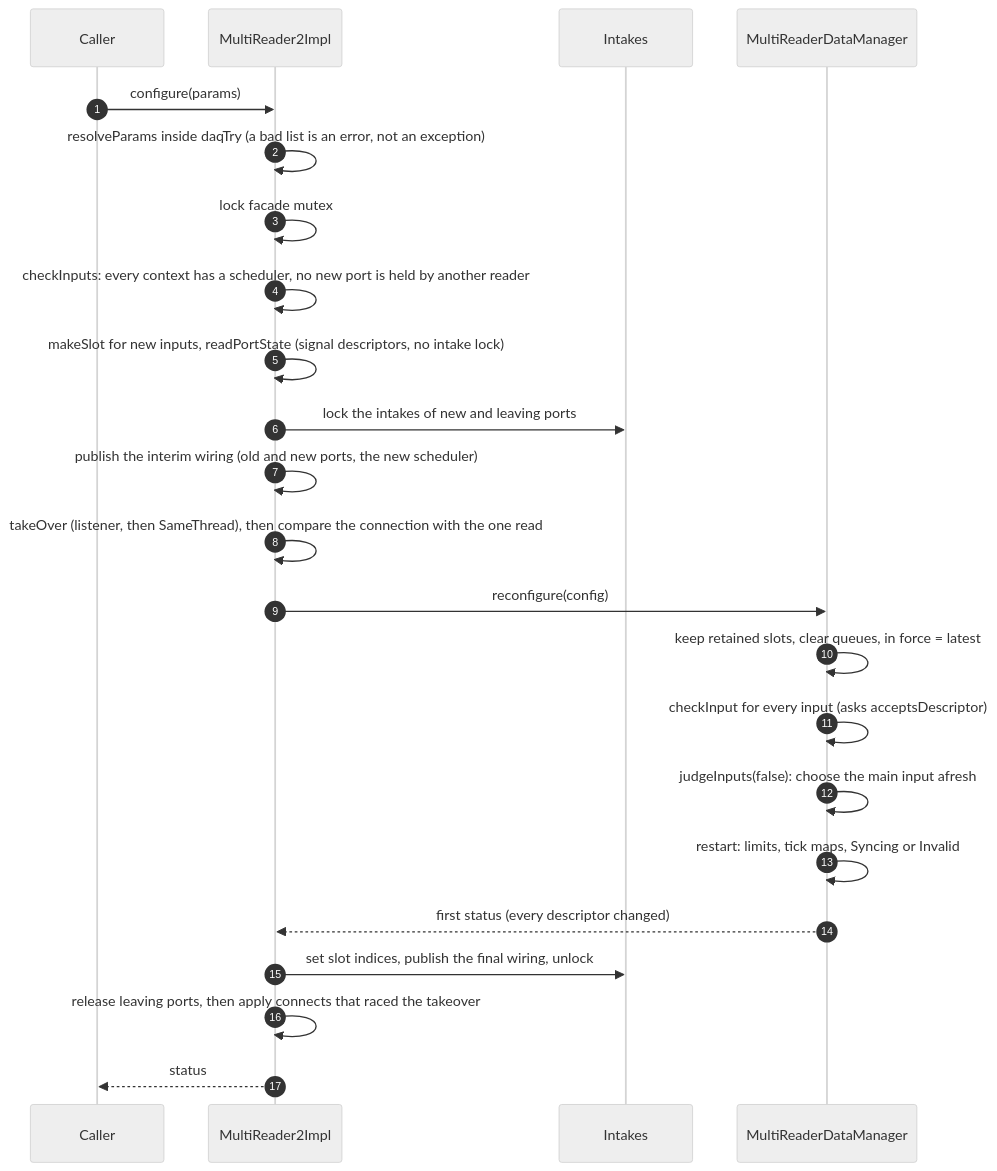
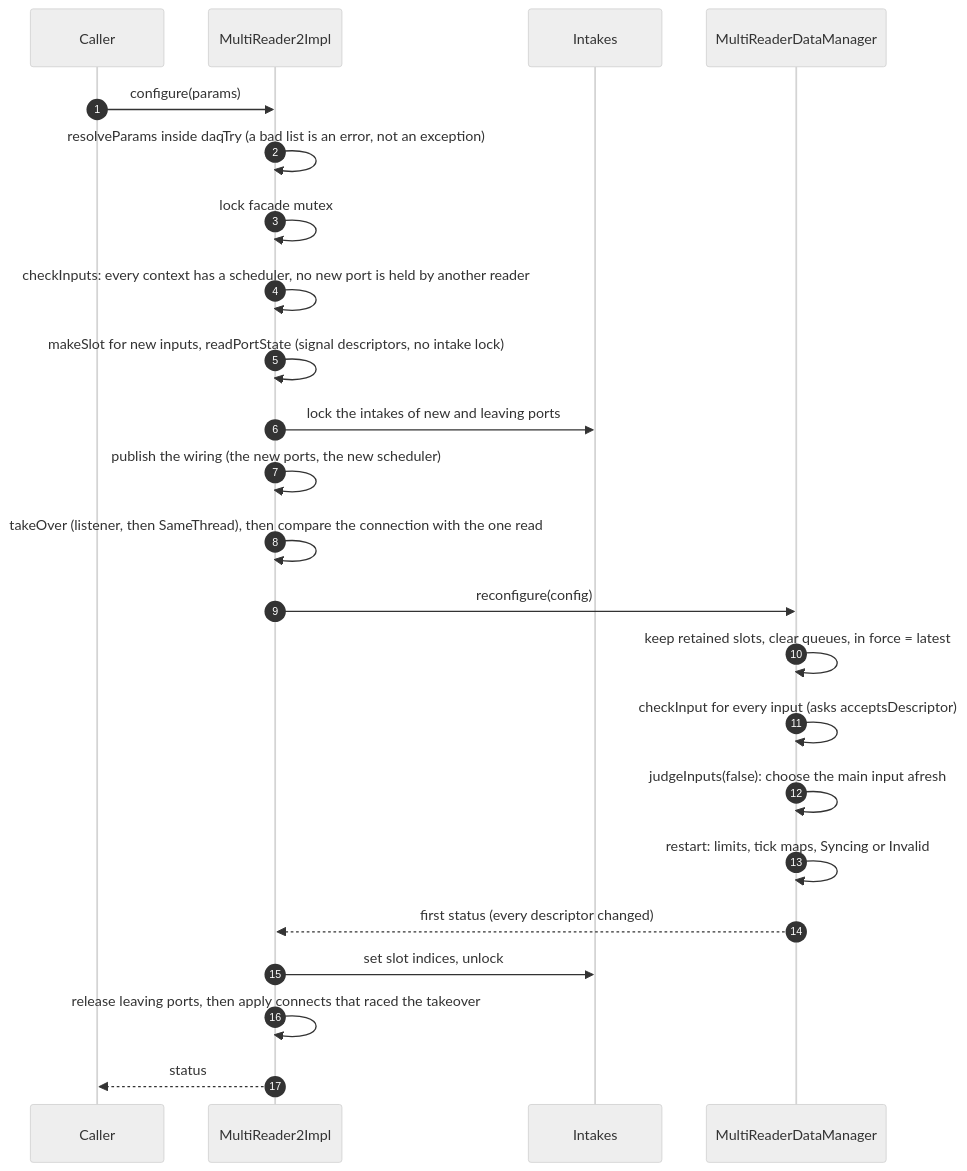
The sixth of 15 diagrams in core/opendaq/reader/README_MULTI_READER2.md (openDAQ/openDAQ), drawn with Mermaid (neutral theme) before and after one commit. The commit also changed other lines of this file and 3 other files, not shown here.

````diff
--- a/core/opendaq/reader/README_MULTI_READER2.md
+++ b/core/opendaq/reader/README_MULTI_READER2.md
@@ -545,26 +545,26 @@
 ```mermaid
 sequenceDiagram
     autonumber
     participant U as Caller
     participant F as MultiReader2Impl
     participant I as Intakes
     participant E as MultiReaderDataManager
 
     U->>F: configure(params)
     F->>F: resolveParams inside daqTry (a bad list is an error, not an exception)
     F->>F: lock facade mutex
     F->>F: checkInputs: every context has a scheduler, no new port is held by another reader
     F->>F: makeSlot for new inputs, readPortState (signal descriptors, no intake lock)
     F->>I: lock the intakes of new and leaving ports
-    F->>F: publish the interim wiring (old and new ports, the new scheduler)
+    F->>F: publish the wiring (the new ports, the new scheduler)
     F->>F: takeOver (listener, then SameThread), then compare the connection with the one read
     F->>E: reconfigure(config)
     E->>E: keep retained slots, clear queues, in force = latest
     E->>E: checkInput for every input (asks acceptsDescriptor)
     E->>E: judgeInputs(false): choose the main input afresh
     E->>E: restart: limits, tick maps, Syncing or Invalid
     E-->>F: first status (every descriptor changed)
-    F->>I: set slot indices, publish the final wiring, unlock
+    F->>I: set slot indices, unlock
     F->>F: release leaving ports, then apply connects that raced the takeover
     F-->>U: status
 ```
````
